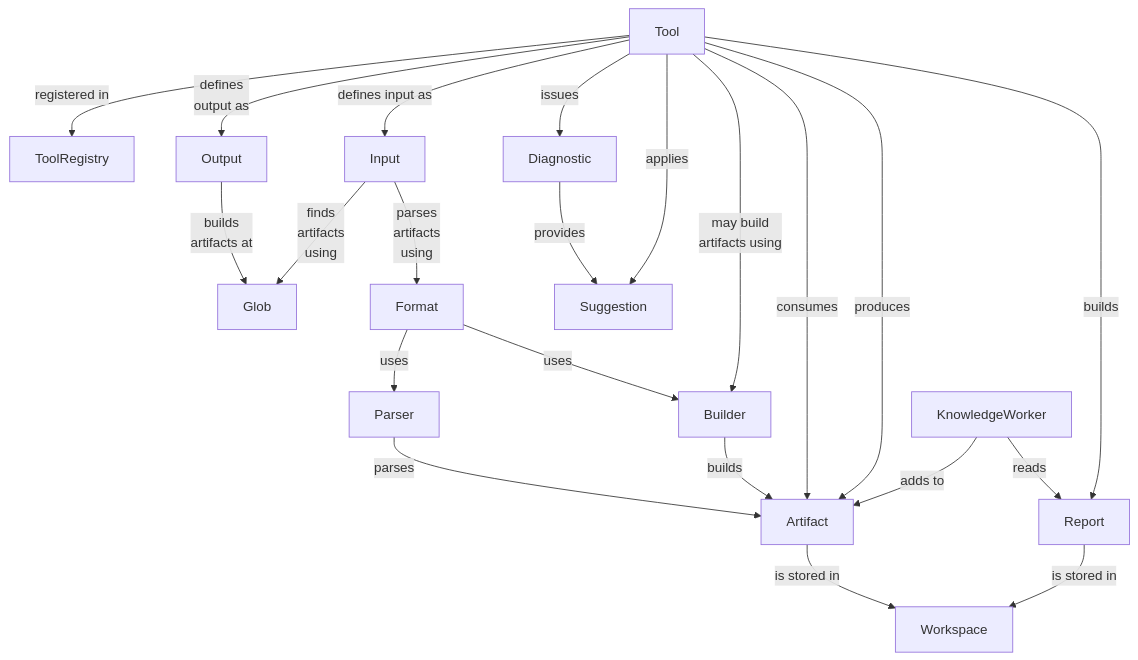
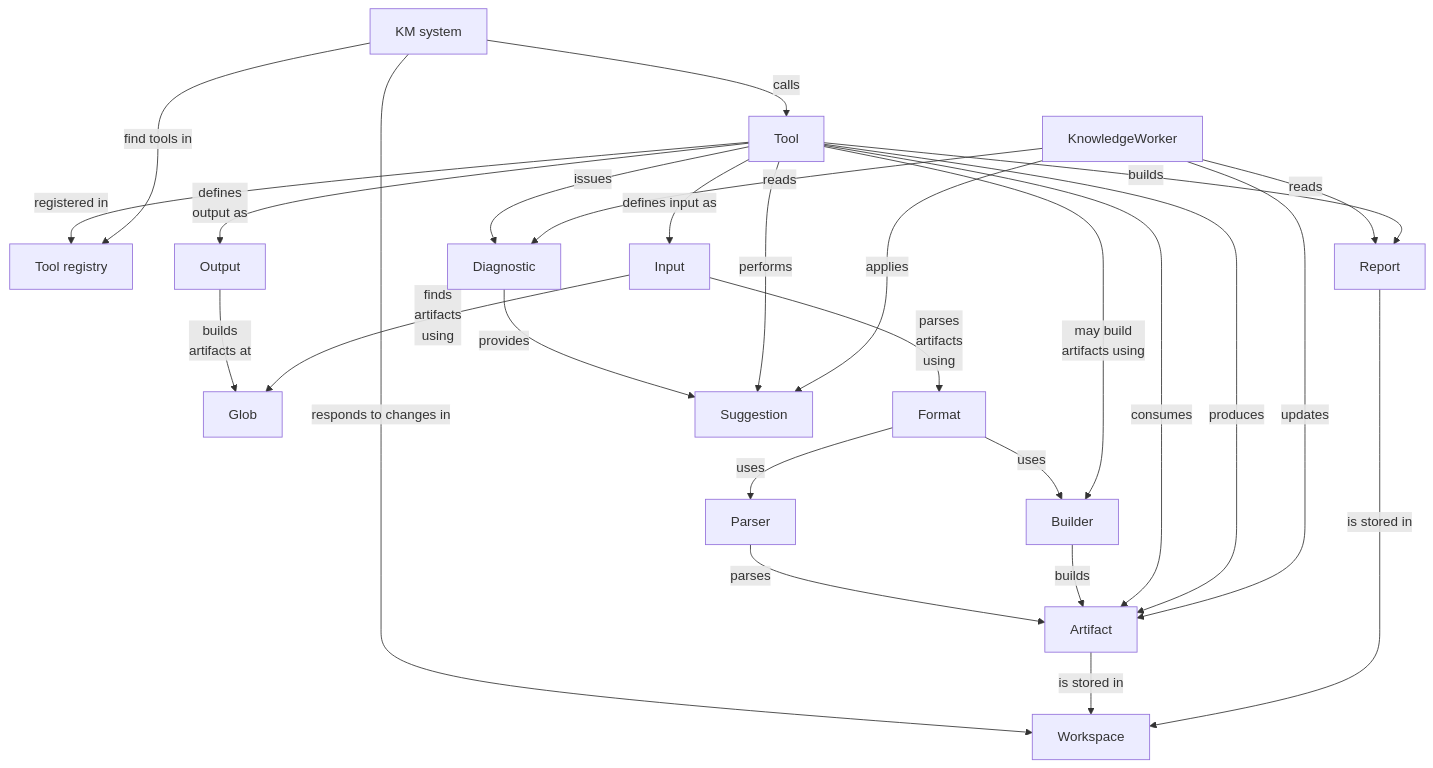
Before and after one commit to setms/sew: the first of 2 diagrams in swe/src/main/ideas/tools.md, drawn with Mermaid. The commit also changed other lines of this file, not shown here.

Commit message:
Add KM system to diagram

````diff
--- a/swe/src/main/ideas/tools.md
+++ b/swe/src/main/ideas/tools.md
@@ -12,24 +12,32 @@
 ```mermaid
 graph
+    System[KM system]
+    ToolRegistry[Tool registry]
+    
     Tool -- registered in --> ToolRegistry
+    System -- responds to changes in --> Workspace
+    System -- find tools in --> ToolRegistry
+    System -- calls --> Tool
     Tool -- defines\noutput as --> Output
     Output -- builds\nartifacts at --> Glob
     Tool -- defines input as --> Input
     Input -- finds\nartifacts\nusing --> Glob
     Input -- parses\nartifacts\nusing --> Format
     Format -- uses --> Parser
     Format -- uses --> Builder
     Parser -- parses --> Artifact
     Builder -- builds --> Artifact
     Tool -- may build\nartifacts using --> Builder
     Tool -- consumes --> Artifact
     Tool -- produces --> Artifact
     Tool -- issues --> Diagnostic
     Diagnostic -- provides --> Suggestion
-    Tool -- applies --> Suggestion
+    Tool -- performs --> Suggestion
     Artifact -- is stored in --> Workspace
-    KnowledgeWorker -- adds to --> Artifact
+    KnowledgeWorker -- updates --> Artifact
+    KnowledgeWorker -- reads --> Diagnostic
     KnowledgeWorker -- reads --> Report
+    KnowledgeWorker -- applies --> Suggestion
     Tool -- builds --> Report
     Report -- is stored in --> Workspace
 ```
````
